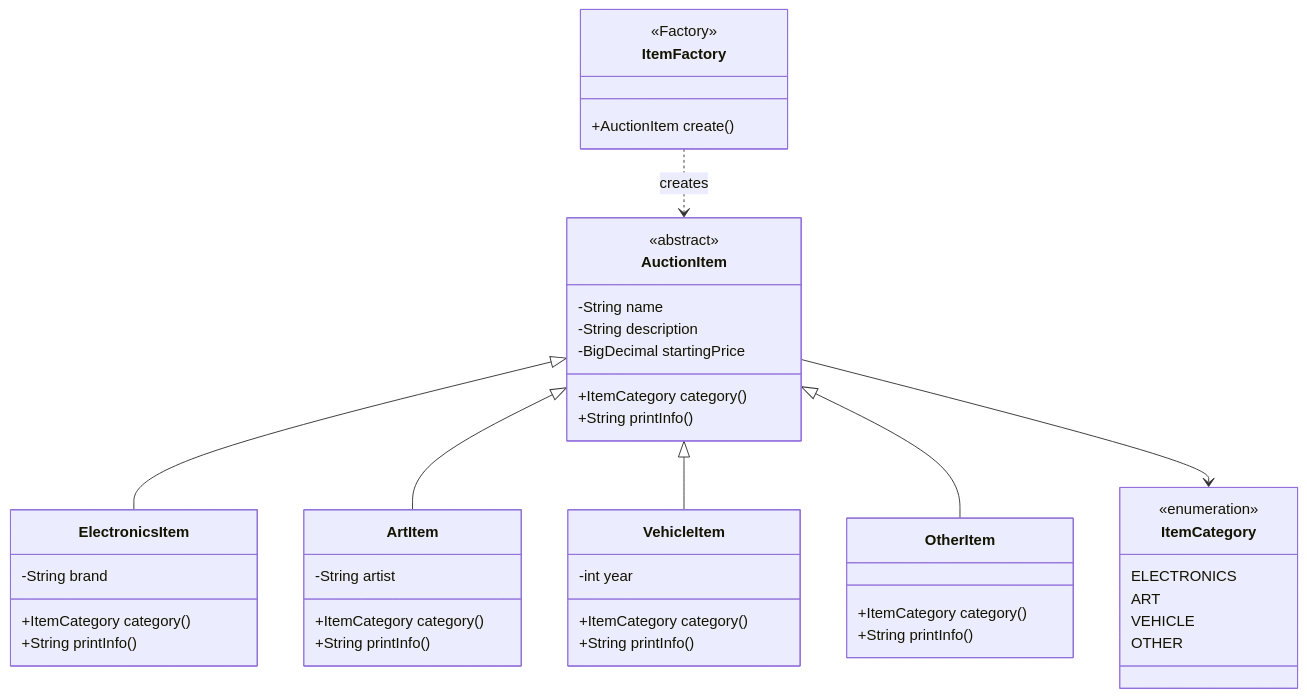
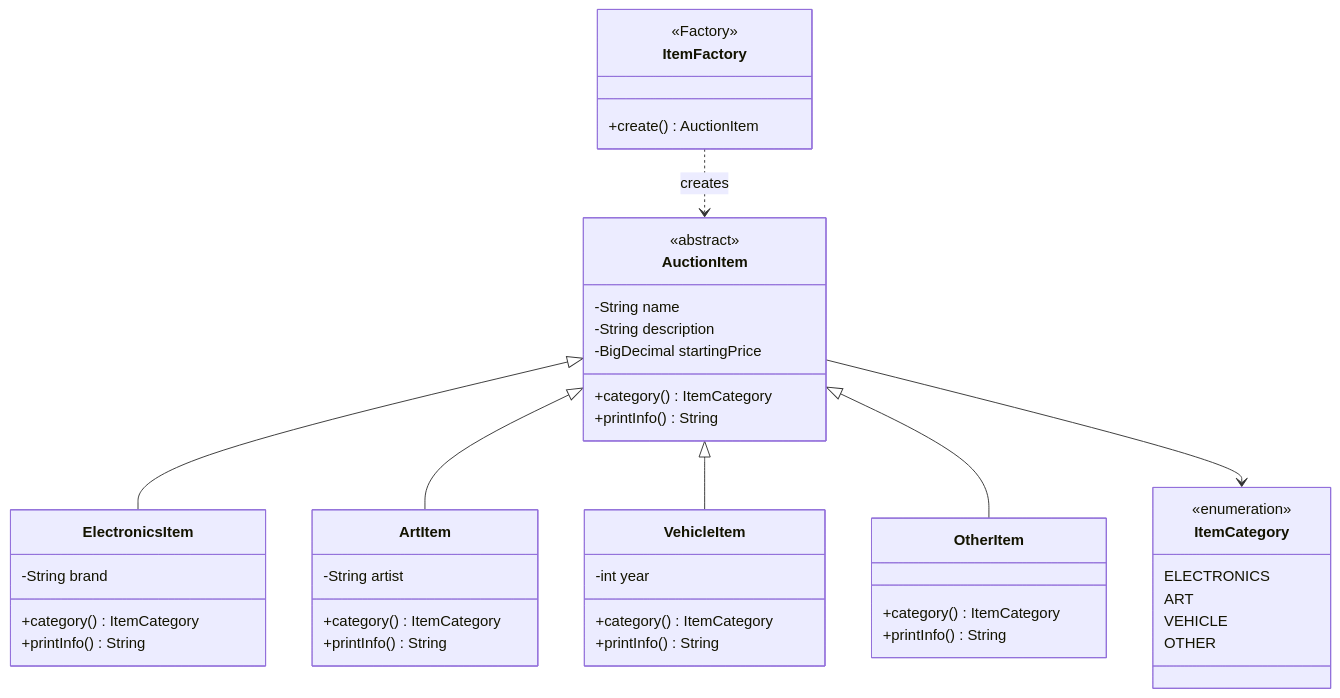
Before and after one commit to quagn-collab/GROUP-6-BTL: the second of 6 diagrams in docs/README/README.md, drawn with Mermaid. The commit also changed other lines of this file, not shown here.

````diff
--- a/docs/README/README.md
+++ b/docs/README/README.md
@@ -62,48 +62,48 @@
 ```mermaid
 classDiagram
     direction TB
     class AuctionItem {
         -String name
         -String description
         -BigDecimal startingPrice
-        +ItemCategory category()
-        +String printInfo()
+        +category() ItemCategory
+        +printInfo() String
     }
     class ElectronicsItem {
         -String brand
-        +ItemCategory category()
-        +String printInfo()
+        +category() ItemCategory
+        +printInfo() String
     }
     class ArtItem {
         -String artist
-        +ItemCategory category()
-        +String printInfo()
+        +category() ItemCategory
+        +printInfo() String
     }
     class VehicleItem {
         -int year
-        +ItemCategory category()
-        +String printInfo()
+        +category() ItemCategory
+        +printInfo() String
     }
     class OtherItem {
-        +ItemCategory category()
-        +String printInfo()
+        +category() ItemCategory
+        +printInfo() String
     }
     class ItemCategory {
         <<enumeration>>
         ELECTRONICS
         ART
         VEHICLE
         OTHER
     }
     class ItemFactory {
-        +AuctionItem create()
+        +create() AuctionItem
     }
     AuctionItem <|-- ElectronicsItem
     AuctionItem <|-- ArtItem
     AuctionItem <|-- VehicleItem
     AuctionItem <|-- OtherItem
     AuctionItem --> ItemCategory
     ItemFactory ..> AuctionItem : creates
     <<abstract>> AuctionItem
     <<Factory>> ItemFactory
 ```
````
